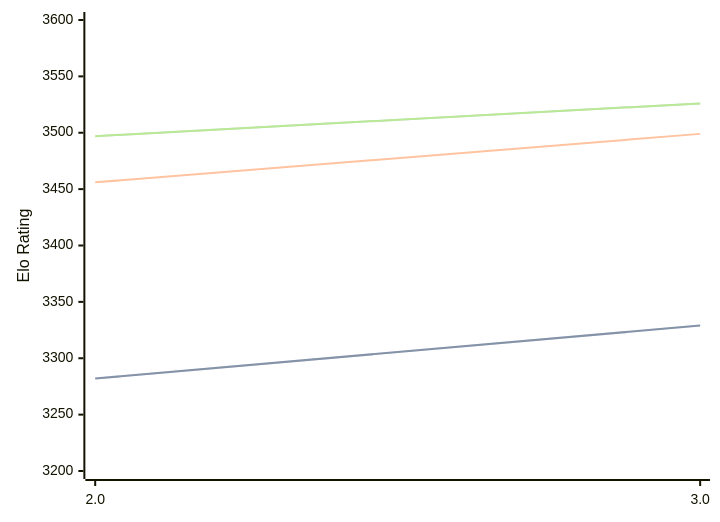
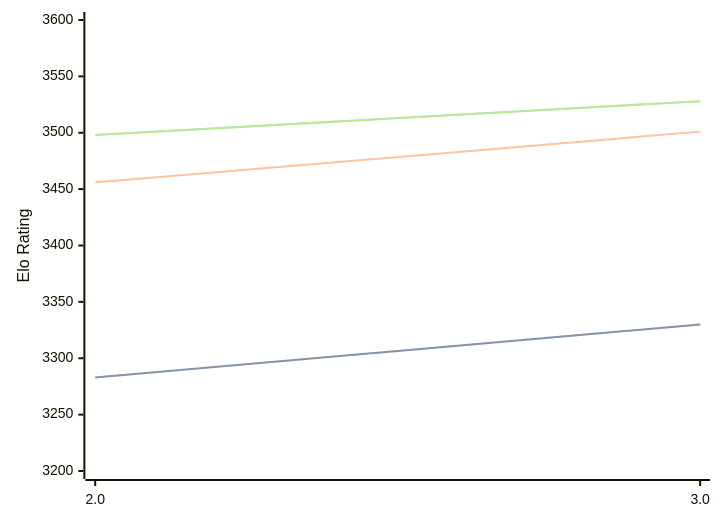
The third of 3 diagrams in engines/Quanticade.md (computer-chess-index/cci), drawn with Mermaid before and after one commit. The commit also changed other lines of this file, not shown here.

Commit message:
Update CCI Ratings (ELO VLTC) - 2026-06-23

````diff
--- a/engines/Quanticade.md
+++ b/engines/Quanticade.md
@@ -74,11 +74,11 @@
 ```mermaid
 %%{init: {"theme":"base","themeVariables":{"seriesColors:['#a3a3a3','#222221','#faa371']}}}%%
 xychart-beta
   x-axis ["2.0", "3.0"]
   y-axis "Elo Rating" 3200 --> 3600
-  line "STC (8.0+0.08s)" [3282, 3329]
-  line "STC (8.0+0.08s)" [3282, 3329]
-  line "LTC (60.0+0.60s)" [3456, 3499]
-  line "VLTC (2m24s+1.12s)" [3497, 3526]
-  line "VLTC (2m24s+1.12s)" [3497, 3526]
+  line "STC (8.0+0.08s)" [3283, 3330]
+  line "STC (8.0+0.08s)" [3283, 3330]
+  line "LTC (60.0+0.60s)" [3456, 3501]
+  line "VLTC (2m24s+1.12s)" [3498, 3528]
+  line "VLTC (2m24s+1.12s)" [3498, 3528]
 ```
````
